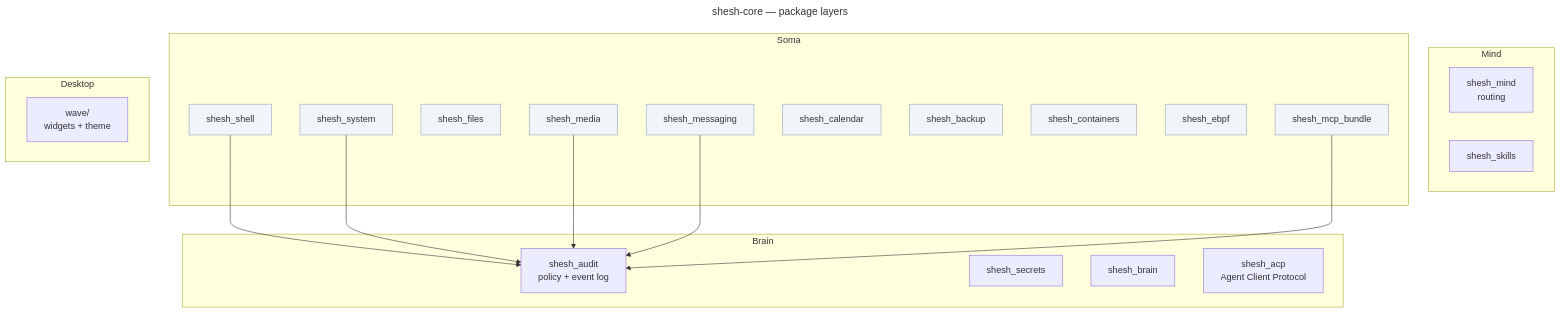
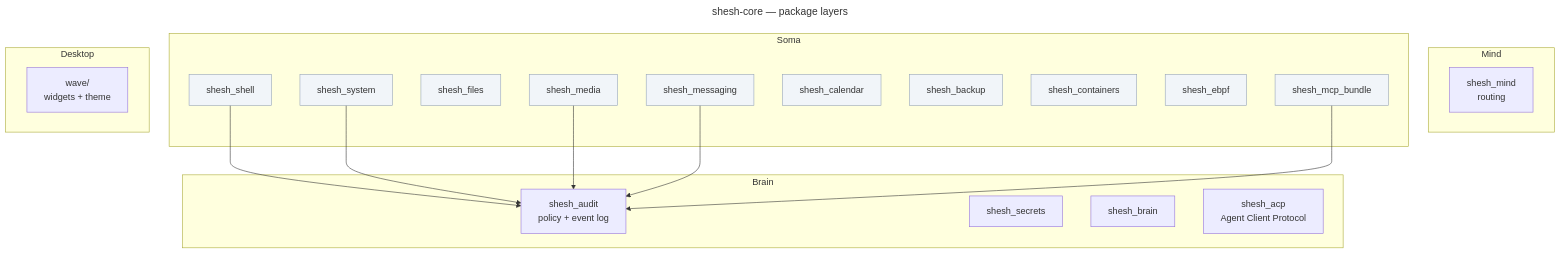
Before and after one commit to gaganjainse/sesha-ecosystem: the diagram in docs/components/shesh-core.md, drawn with Mermaid. The commit also changed other lines of this file and 51 other files, not shown here.

````diff
--- a/docs/components/shesh-core.md
+++ b/docs/components/shesh-core.md
@@ -35,37 +35,36 @@
 ```mermaid
 ---
 title: shesh-core — package layers
 ---
 graph TB
     subgraph brain[" Brain"]
         A["shesh_audit<br/>policy + event log"]
         S["shesh_secrets"]
         B["shesh_brain"]
         AC["shesh_acp<br/>Agent Client Protocol"]
     end
     subgraph mind[" Mind"]
         M["shesh_mind<br/>routing"]
-        SK["shesh_skills"]
     end
     subgraph soma[" Soma"]
         SH["shesh_shell"]:::s
         SY["shesh_system"]:::s
         FI["shesh_files"]:::s
         ME["shesh_media"]:::s
         MS["shesh_messaging"]:::s
         CA["shesh_calendar"]:::s
         BA["shesh_backup"]:::s
         CO["shesh_containers"]:::s
         EB["shesh_ebpf"]:::s
         MB["shesh_mcp_bundle"]:::s
     end
     subgraph desktop[" Desktop"]
         W["wave/<br/>widgets + theme"]
     end
     SH --> A
     SY --> A
     ME --> A
     MS --> A
     MB --> A
     classDef s fill:#f1f5f9,stroke:#94a3b8
 ```
````
